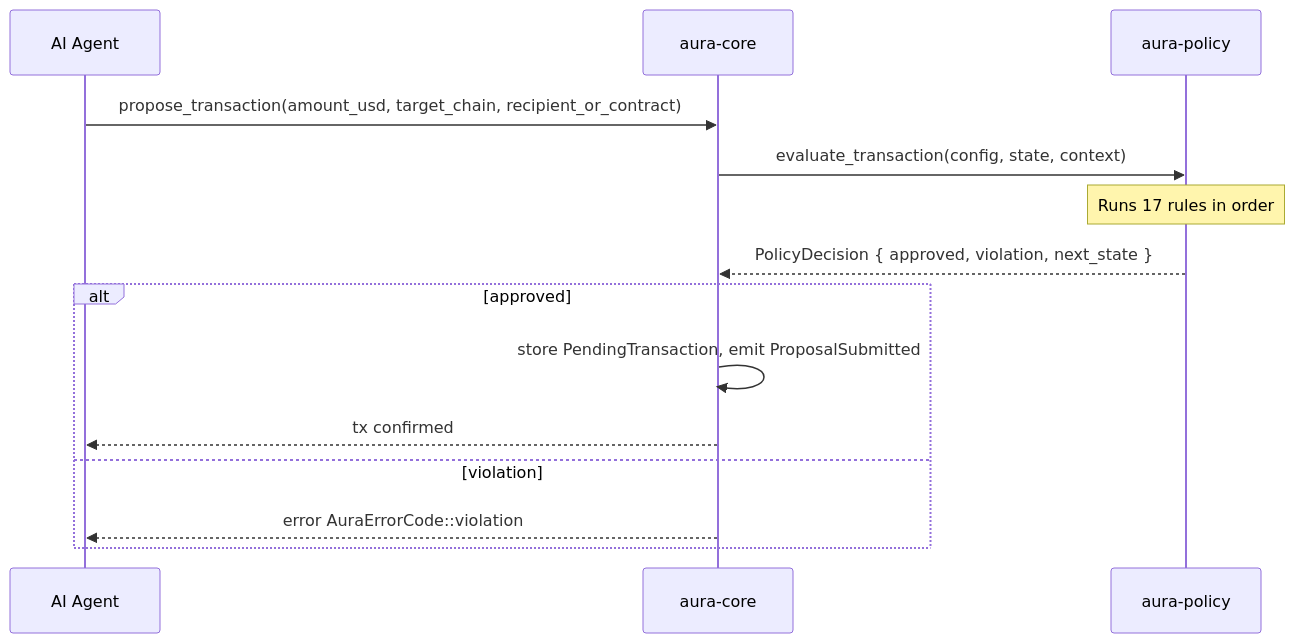
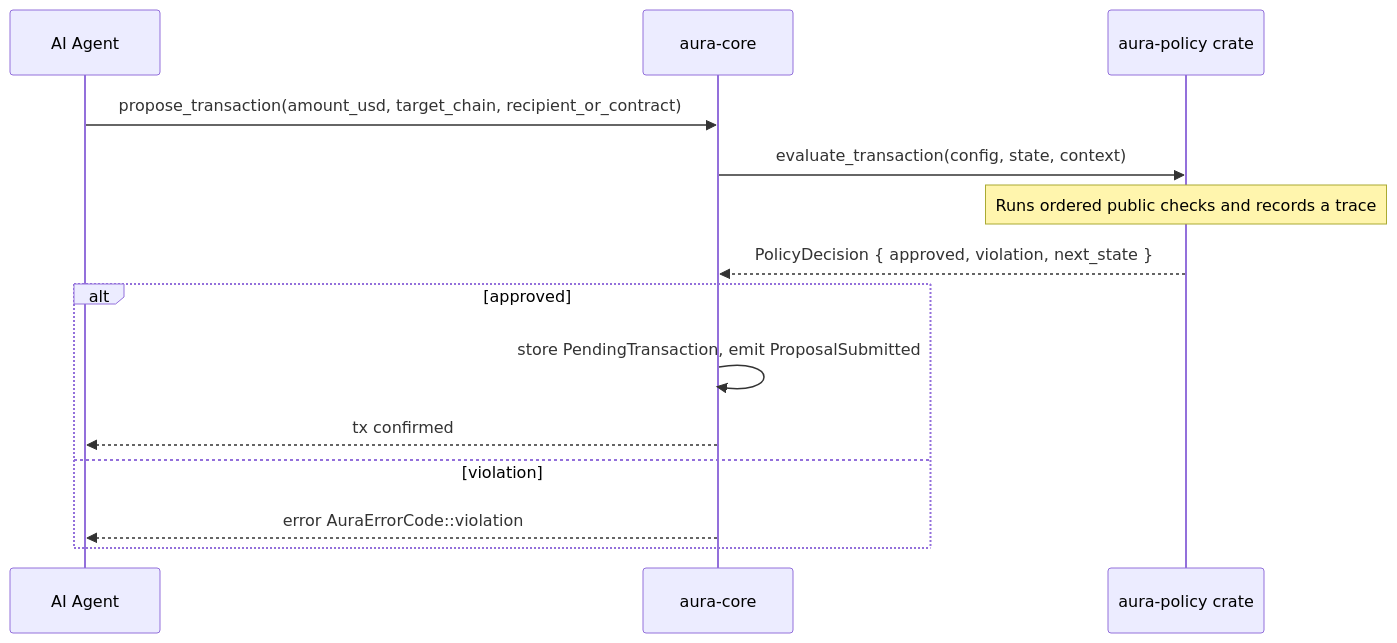
The second of 6 diagrams in packages/docs/content/overview/architecture.mdx (exyreams/aura), drawn with Mermaid before and after one commit. The commit also changed other lines of this file and 36 other files, not shown here.

````diff
--- a/packages/docs/content/overview/architecture.mdx
+++ b/packages/docs/content/overview/architecture.mdx
@@ -69,18 +69,18 @@
 ```mermaid
 sequenceDiagram
   participant Agent as AI Agent
   participant Core as aura-core
-  participant Policy as aura-policy
+  participant Policy as aura-policy crate
 
   Agent->>Core: propose_transaction(amount_usd, target_chain, recipient_or_contract)
   Core->>Policy: evaluate_transaction(config, state, context)
-  Note over Policy: Runs 17 rules in order
+  Note over Policy: Runs ordered public checks and records a trace
   Policy-->>Core: PolicyDecision { approved, violation, next_state }
 
   alt approved
     Core->>Core: store PendingTransaction, emit ProposalSubmitted
     Core-->>Agent: tx confirmed
   else violation
     Core-->>Agent: error AuraErrorCode::violation
   end
 ```
````
